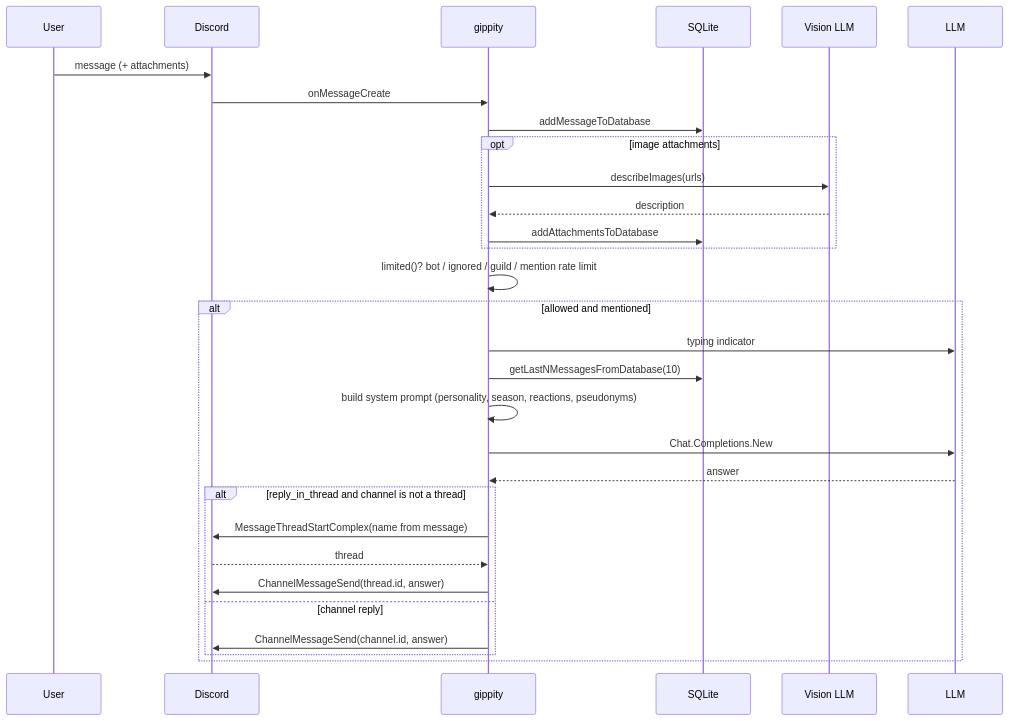
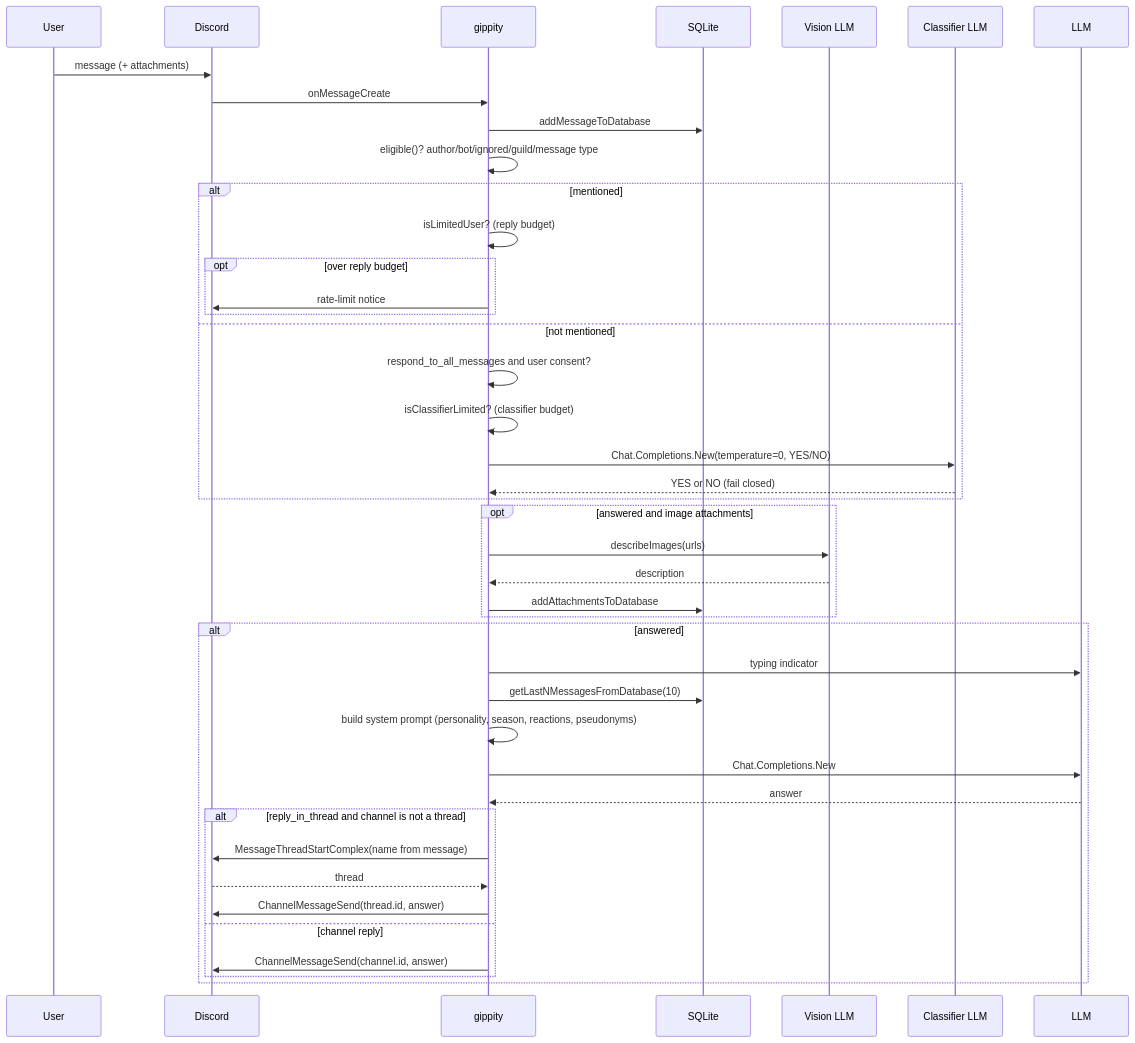
The diagram in docs/modules/gippity.md (toksikk/gidbig), drawn with Mermaid before and after one commit. The commit also changed other lines of this file and 8 other files, not shown here.

````diff
--- a/docs/modules/gippity.md
+++ b/docs/modules/gippity.md
@@ -14,33 +15,45 @@
 ```mermaid
 sequenceDiagram
     participant U as User
     participant D as Discord
     participant G as gippity
     participant DB as SQLite
     participant V as Vision LLM
+    participant C as Classifier LLM
     participant L as LLM
 
     U->>D: message (+ attachments)
     D->>G: onMessageCreate
     G->>DB: addMessageToDatabase
-    opt image attachments
+    G->>G: eligible()? author/bot/ignored/guild/message type
+    alt mentioned
+        G->>G: isLimitedUser? (reply budget)
+        opt over reply budget
+            G->>D: rate-limit notice
+        end
+    else not mentioned
+        G->>G: respond_to_all_messages and user consent?
+        G->>G: isClassifierLimited? (classifier budget)
+        G->>C: Chat.Completions.New(temperature=0, YES/NO)
+        C-->>G: YES or NO (fail closed)
+    end
+    opt answered and image attachments
         G->>V: describeImages(urls)
         V-->>G: description
         G->>DB: addAttachmentsToDatabase
     end
-    G->>G: limited()? bot / ignored / guild / mention rate limit
-    alt allowed and mentioned
+    alt answered
         G->>L: typing indicator
         G->>DB: getLastNMessagesFromDatabase(10)
         G->>G: build system prompt (personality, season, reactions, pseudonyms)
         G->>L: Chat.Completions.New
         L-->>G: answer
         alt reply_in_thread and channel is not a thread
             G->>D: MessageThreadStartComplex(name from message)
             D-->>G: thread
             G->>D: ChannelMessageSend(thread.id, answer)
         else channel reply
             G->>D: ChannelMessageSend(channel.id, answer)
         end
     end
 ```
````
